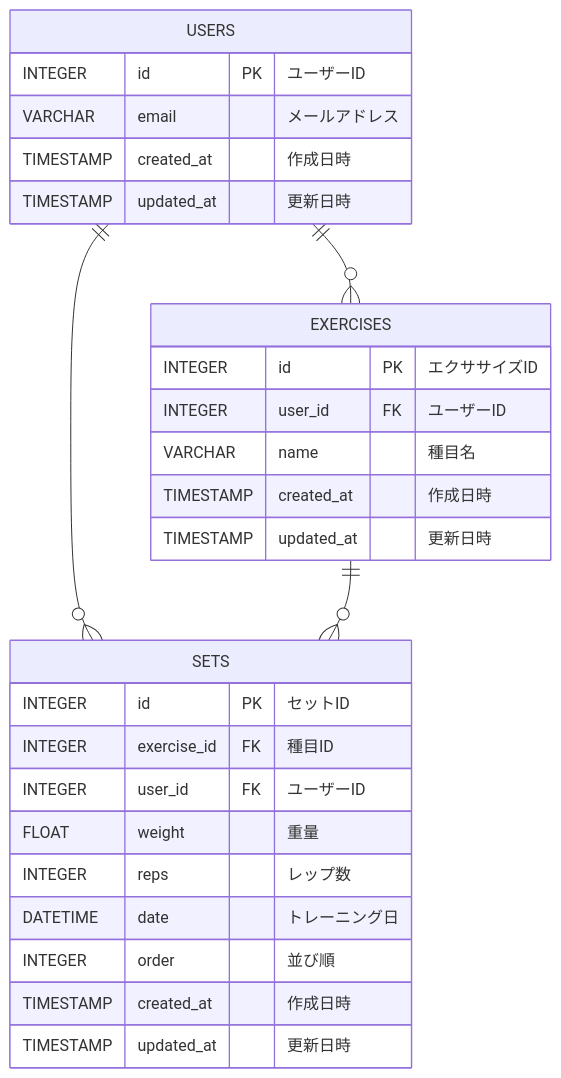
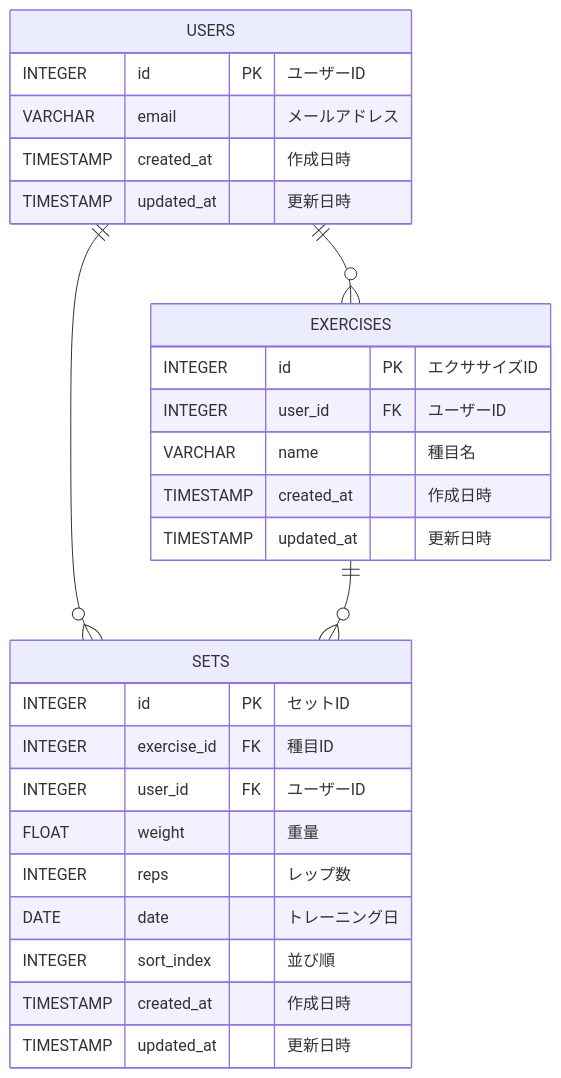
One commit to t-miura-024/lifro changed the diagram in docs/design/ER図.md. Above: the diagram before and after it, drawn with Mermaid. The commit also changed 4 other files, not shown here.

````diff
--- a/docs/design/ER図.md
+++ b/docs/design/ER図.md
@@ -3,33 +3,33 @@
 ```mermaid
 erDiagram
     USERS {
         INTEGER id PK "ユーザーID"
         VARCHAR email "メールアドレス"
         TIMESTAMP created_at "作成日時"
         TIMESTAMP updated_at "更新日時"
     }
 
     SETS {
         INTEGER id PK "セットID"
         INTEGER exercise_id FK "種目ID"
         INTEGER user_id FK "ユーザーID"
         FLOAT weight "重量"
         INTEGER reps "レップ数"
-        DATETIME date "トレーニング日"
-        INTEGER order "並び順"
+        DATE date "トレーニング日"
+        INTEGER sort_index "並び順"
         TIMESTAMP created_at "作成日時"
         TIMESTAMP updated_at "更新日時"
     }
 
     EXERCISES {
         INTEGER id PK "エクササイズID"
         INTEGER user_id FK "ユーザーID"
         VARCHAR name "種目名"
         TIMESTAMP created_at "作成日時"
         TIMESTAMP updated_at "更新日時"
     }
 
     USERS ||--o{ EXERCISES : ""
     USERS ||--o{ SETS : ""
     EXERCISES ||--o{ SETS : ""
 ```
````
